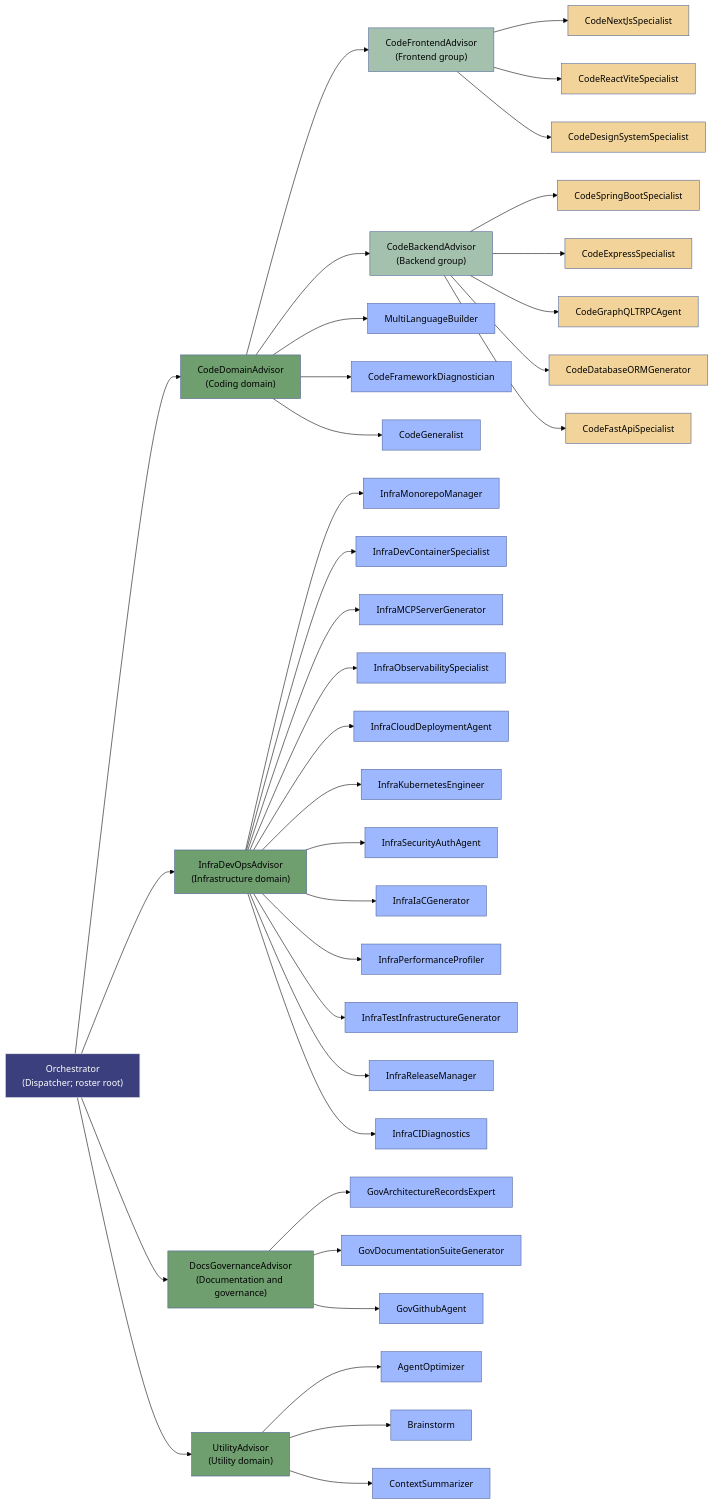
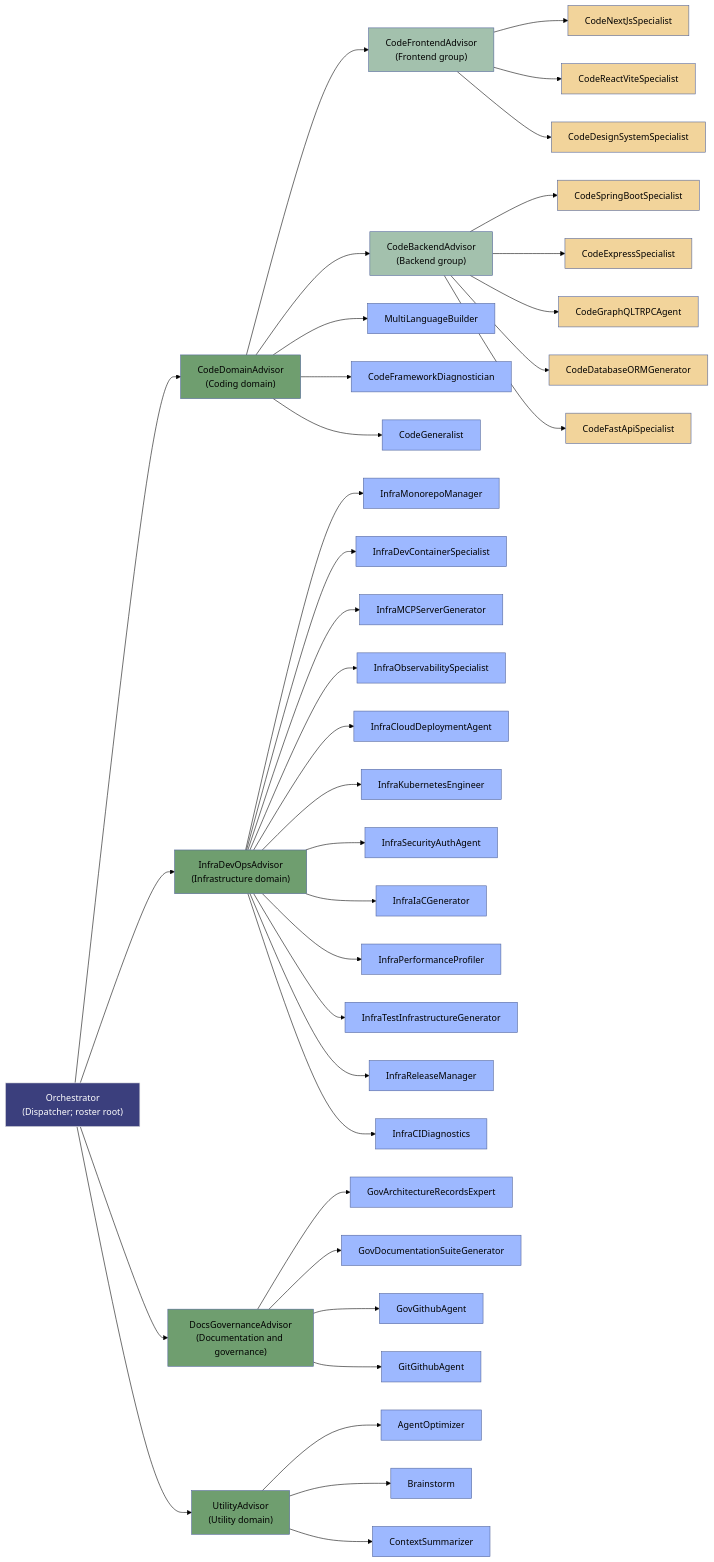
Before and after one commit to UtopikPrompt/agents: the second of 2 diagrams in README.md, drawn with Mermaid (forest theme). The commit also changed other lines of this file and 7 other files, not shown here.

Commit message:
Add GitGithubAgent for managing Git workflows and update routing catalog

````diff
--- a/README.md
+++ b/README.md
@@ -65,56 +65,57 @@
 ```mermaid
 flowchart LR
     O["Orchestrator<br/>(Dispatcher; roster root)"]
     O --> CodeDomainAdvisor["CodeDomainAdvisor<br/>(Coding domain)"]
     O --> InfraDevOpsAdvisor["InfraDevOpsAdvisor<br/>(Infrastructure domain)"]
     O --> DocsGovernanceAdvisor["DocsGovernanceAdvisor<br/>(Documentation and governance)"]
     O --> UtilityAdvisor["UtilityAdvisor<br/>(Utility domain)"]
     CodeDomainAdvisor --> CodeFrontendAdvisor["CodeFrontendAdvisor<br/>(Frontend group)"]
     CodeDomainAdvisor --> CodeBackendAdvisor["CodeBackendAdvisor<br/>(Backend group)"]
     CodeDomainAdvisor --> MultiLanguageBuilder["MultiLanguageBuilder"]
     CodeDomainAdvisor --> CodeFrameworkDiagnostician["CodeFrameworkDiagnostician"]
     CodeDomainAdvisor --> CodeGeneralist["CodeGeneralist"]
 
     CodeFrontendAdvisor --> CodeNextJsSpecialist["CodeNextJsSpecialist"]
     CodeFrontendAdvisor --> CodeReactViteSpecialist["CodeReactViteSpecialist"]
     CodeFrontendAdvisor --> CodeDesignSystemSpecialist["CodeDesignSystemSpecialist"]
 
     CodeBackendAdvisor --> CodeSpringBootSpecialist["CodeSpringBootSpecialist"]
     CodeBackendAdvisor --> CodeExpressSpecialist["CodeExpressSpecialist"]
     CodeBackendAdvisor --> CodeGraphQLTRPCAgent["CodeGraphQLTRPCAgent"]
     CodeBackendAdvisor --> CodeDatabaseORMGenerator["CodeDatabaseORMGenerator"]
     CodeBackendAdvisor --> CodeFastApiSpecialist["CodeFastApiSpecialist"]
 
     InfraDevOpsAdvisor --> InfraMonorepoManager["InfraMonorepoManager"]
     InfraDevOpsAdvisor --> InfraDevContainerSpecialist["InfraDevContainerSpecialist"]
     InfraDevOpsAdvisor --> InfraMCPServerGenerator["InfraMCPServerGenerator"]
     InfraDevOpsAdvisor --> InfraObservabilitySpecialist["InfraObservabilitySpecialist"]
     InfraDevOpsAdvisor --> InfraCloudDeploymentAgent["InfraCloudDeploymentAgent"]
     InfraDevOpsAdvisor --> InfraKubernetesEngineer["InfraKubernetesEngineer"]
     InfraDevOpsAdvisor --> InfraSecurityAuthAgent["InfraSecurityAuthAgent"]
     InfraDevOpsAdvisor --> InfraIaCGenerator["InfraIaCGenerator"]
     InfraDevOpsAdvisor --> InfraPerformanceProfiler["InfraPerformanceProfiler"]
     InfraDevOpsAdvisor --> InfraTestInfrastructureGenerator["InfraTestInfrastructureGenerator"]
     InfraDevOpsAdvisor --> InfraReleaseManager["InfraReleaseManager"]
     InfraDevOpsAdvisor --> InfraCIDiagnostics["InfraCIDiagnostics"]
 
     DocsGovernanceAdvisor --> GovArchitectureRecordsExpert["GovArchitectureRecordsExpert"]
     DocsGovernanceAdvisor --> GovDocumentationSuiteGenerator["GovDocumentationSuiteGenerator"]
     DocsGovernanceAdvisor --> GovGithubAgent["GovGithubAgent"]
+    DocsGovernanceAdvisor --> GitGithubAgent["GitGithubAgent"]
 
     UtilityAdvisor --> AgentOptimizer["AgentOptimizer"]
     UtilityAdvisor --> Brainstorm["Brainstorm"]
     UtilityAdvisor --> ContextSummarizer["ContextSummarizer"]
 
     classDef hub fill:#3b3f7d,stroke:#e0e0e0,color:#fff;
     classDef domainAdvisor fill:#6f9e6f,stroke:#516399,color:#000;
     classDef subdomainAdvisor fill:#a3c1ad,stroke:#516399,color:#000;
     classDef worker fill:#9db8ff,stroke:#516399,color:#000;
     classDef frameworkWorker fill:#f2d49b,stroke:#516399,color:#000;
     
     class O hub;
     class CodeDomainAdvisor,InfraDevOpsAdvisor,DocsGovernanceAdvisor,UtilityAdvisor domainAdvisor;
     class CodeFrontendAdvisor,CodeBackendAdvisor subdomainAdvisor;
     class CodeNextJsSpecialist,CodeReactViteSpecialist,CodeGraphQLTRPCAgent,CodeFastApiSpecialist,CodeExpressSpecialist,CodeSpringBootSpecialist,CodeDatabaseORMGenerator,CodeDesignSystemSpecialist frameworkWorker;
-    class AgentOptimizer,Brainstorm,ContextSummarizer,CodeGeneralist,CodeFrameworkDiagnostician,MultiLanguageBuilder,InfraObservabilitySpecialist,InfraMonorepoManager,InfraDevContainerSpecialist,InfraMCPServerGenerator,InfraCloudDeploymentAgent,InfraKubernetesEngineer,InfraSecurityAuthAgent,InfraIaCGenerator,InfraPerformanceProfiler,InfraTestInfrastructureGenerator,InfraReleaseManager,InfraCIDiagnostics,GovArchitectureRecordsExpert,GovDocumentationSuiteGenerator,GovGithubAgent worker;
+    class AgentOptimizer,Brainstorm,ContextSummarizer,CodeGeneralist,CodeFrameworkDiagnostician,MultiLanguageBuilder,InfraObservabilitySpecialist,InfraMonorepoManager,InfraDevContainerSpecialist,InfraMCPServerGenerator,InfraCloudDeploymentAgent,InfraKubernetesEngineer,InfraSecurityAuthAgent,InfraIaCGenerator,InfraPerformanceProfiler,InfraTestInfrastructureGenerator,InfraReleaseManager,InfraCIDiagnostics,GovArchitectureRecordsExpert,GovDocumentationSuiteGenerator,GovGithubAgent,GitGithubAgent worker;
 ```
````
